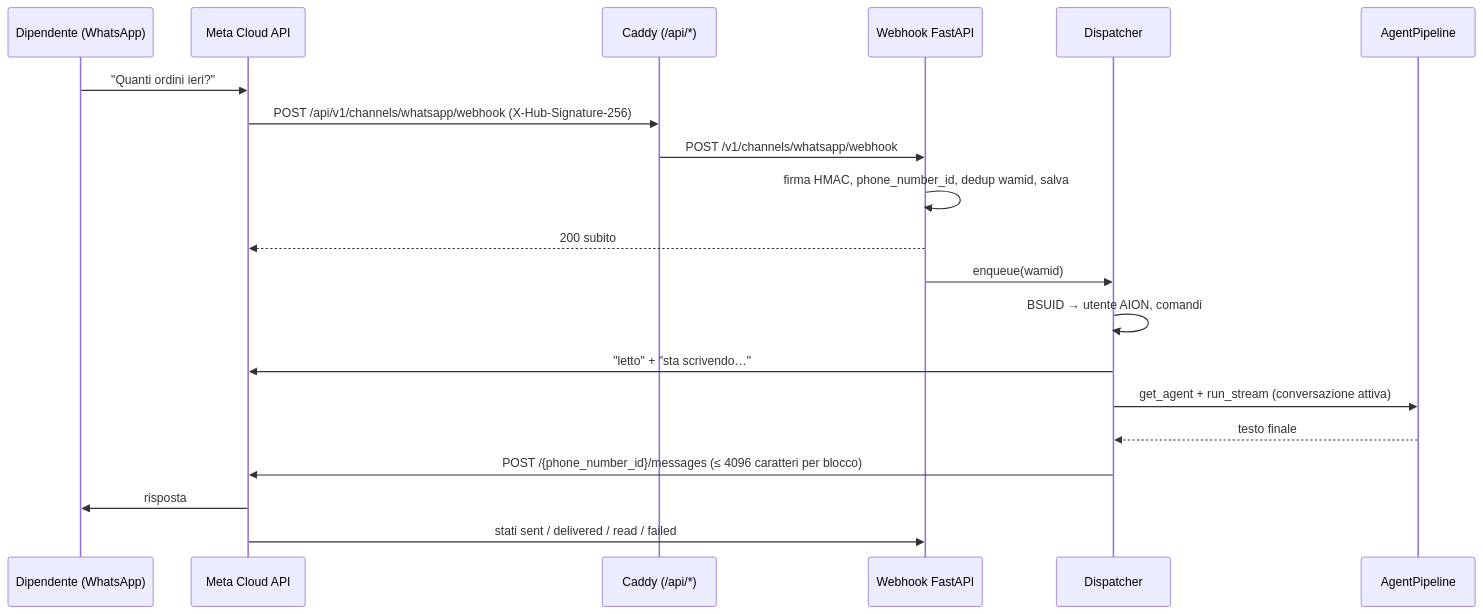
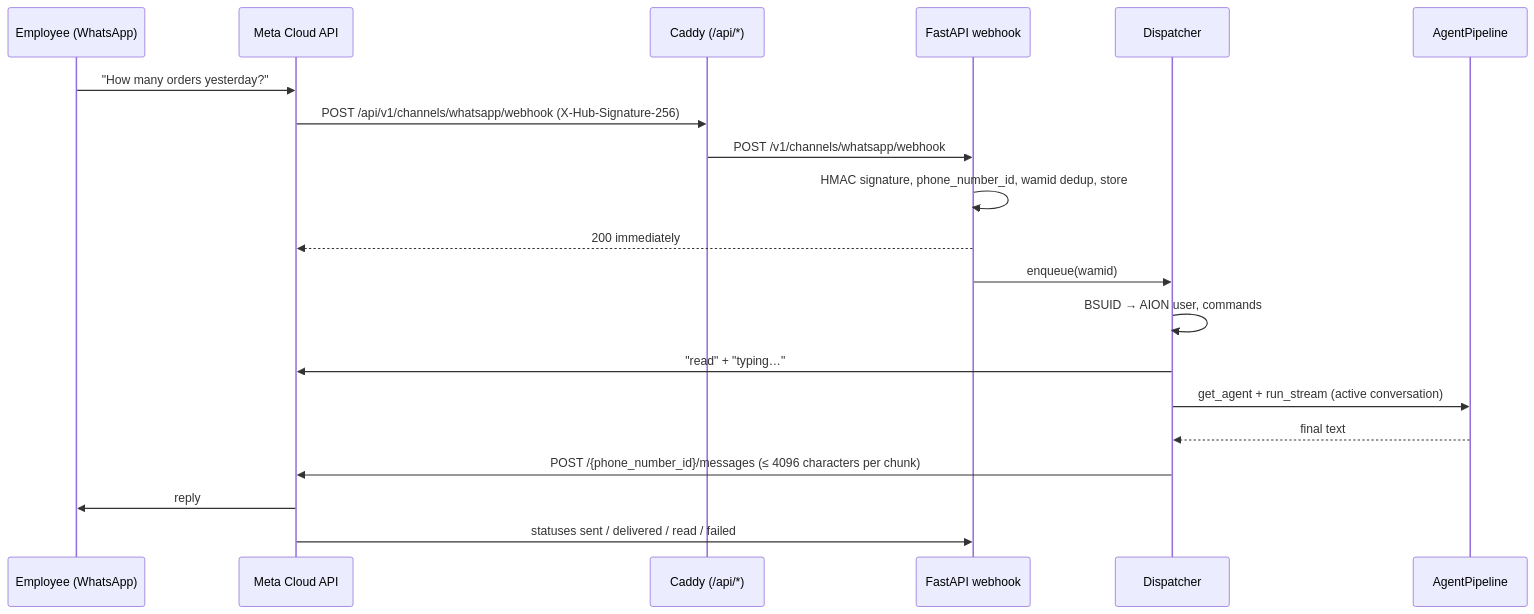
The diagram in docs/integrations/whatsapp.md (AION-by-ASA-Computer/AION_Agent), drawn with Mermaid before and after one commit. The commit also changed other lines of this file and 137 other files, not shown here.

````diff
--- a/docs/integrations/whatsapp.md
+++ b/docs/integrations/whatsapp.md
@@ -170,23 +190,23 @@
 ```mermaid
 sequenceDiagram
-    participant U as Dipendente (WhatsApp)
+    participant U as Employee (WhatsApp)
     participant M as Meta Cloud API
     participant C as Caddy (/api/*)
-    participant W as Webhook FastAPI
+    participant W as FastAPI webhook
     participant D as Dispatcher
     participant A as AgentPipeline
 
-    U->>M: "Quanti ordini ieri?"
+    U->>M: "How many orders yesterday?"
     M->>C: POST /api/v1/channels/whatsapp/webhook (X-Hub-Signature-256)
     C->>W: POST /v1/channels/whatsapp/webhook
-    W->>W: firma HMAC, phone_number_id, dedup wamid, salva
-    W-->>M: 200 subito
+    W->>W: HMAC signature, phone_number_id, wamid dedup, store
+    W-->>M: 200 immediately
     W->>D: enqueue(wamid)
-    D->>D: BSUID → utente AION, comandi
-    D->>M: "letto" + "sta scrivendo…"
-    D->>A: get_agent + run_stream (conversazione attiva)
-    A-->>D: testo finale
-    D->>M: POST /{phone_number_id}/messages (≤ 4096 caratteri per blocco)
-    M->>U: risposta
-    M->>W: stati sent / delivered / read / failed
+    D->>D: BSUID → AION user, commands
+    D->>M: "read" + "typing…"
+    D->>A: get_agent + run_stream (active conversation)
+    A-->>D: final text
+    D->>M: POST /{phone_number_id}/messages (≤ 4096 characters per chunk)
+    M->>U: reply
+    M->>W: statuses sent / delivered / read / failed
 ```
````
